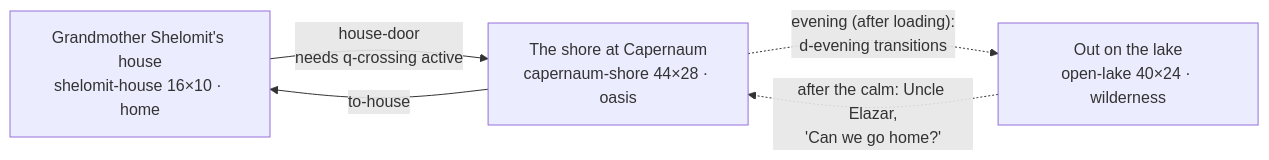
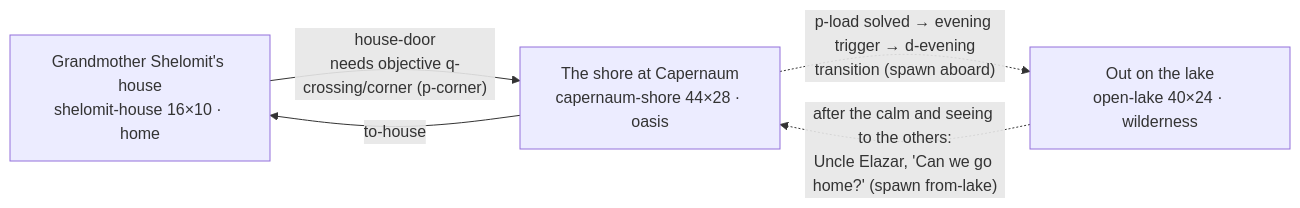
Before and after one commit to Zac-Harlan-Lee-Enterprises/witness: the diagram in docs/chapters/storm-on-galilee.md, drawn with Mermaid. The commit also changed other lines of this file and 7 other files, not shown here.

````diff
--- a/docs/chapters/storm-on-galilee.md
+++ b/docs/chapters/storm-on-galilee.md
@@ -34,7 +38,7 @@
 ```mermaid
 flowchart LR
-  H["Grandmother Shelomit's house<br/>shelomit-house 16×10 · home"] -- "house-door<br/>needs q-crossing active" --> S["The shore at Capernaum<br/>capernaum-shore 44×28 · oasis"]
+  H["Grandmother Shelomit's house<br/>shelomit-house 16×10 · home"] -- "house-door<br/>needs objective q-crossing/corner (p-corner)" --> S["The shore at Capernaum<br/>capernaum-shore 44×28 · oasis"]
   S -- "to-house" --> H
-  S -. "evening (after loading):<br/>d-evening transitions" .-> L["Out on the lake<br/>open-lake 40×24 · wilderness"]
-  L -. "after the calm: Uncle Elazar,<br/>'Can we go home?'" .-> S
+  S -. "p-load solved → evening trigger → d-evening<br/>transition (spawn aboard)" .-> L["Out on the lake<br/>open-lake 40×24 · wilderness"]
+  L -. "after the calm and seeing to the others:<br/>Uncle Elazar, 'Can we go home?' (spawn from-lake)" .-> S
 ```
````
